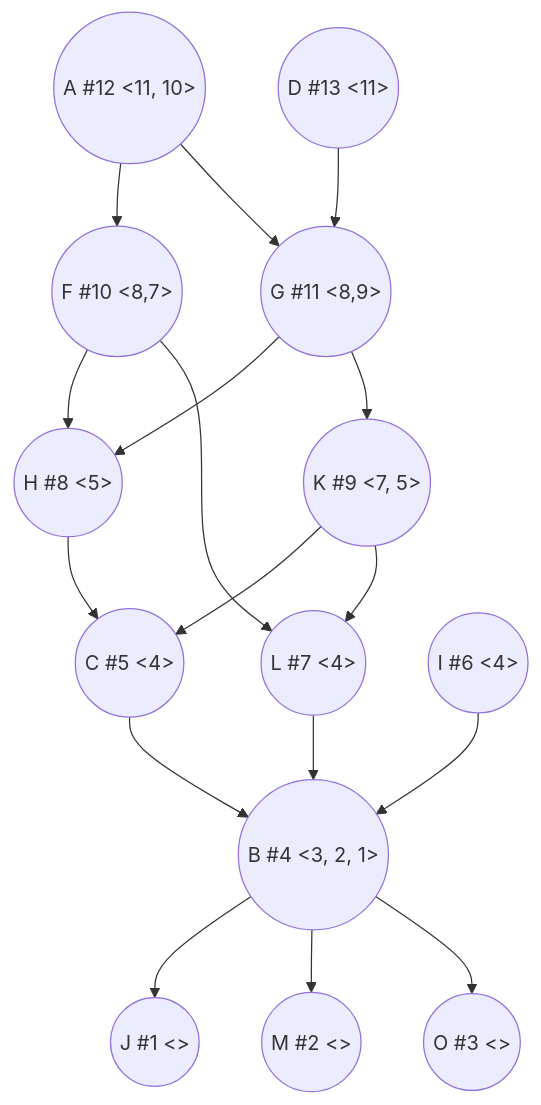
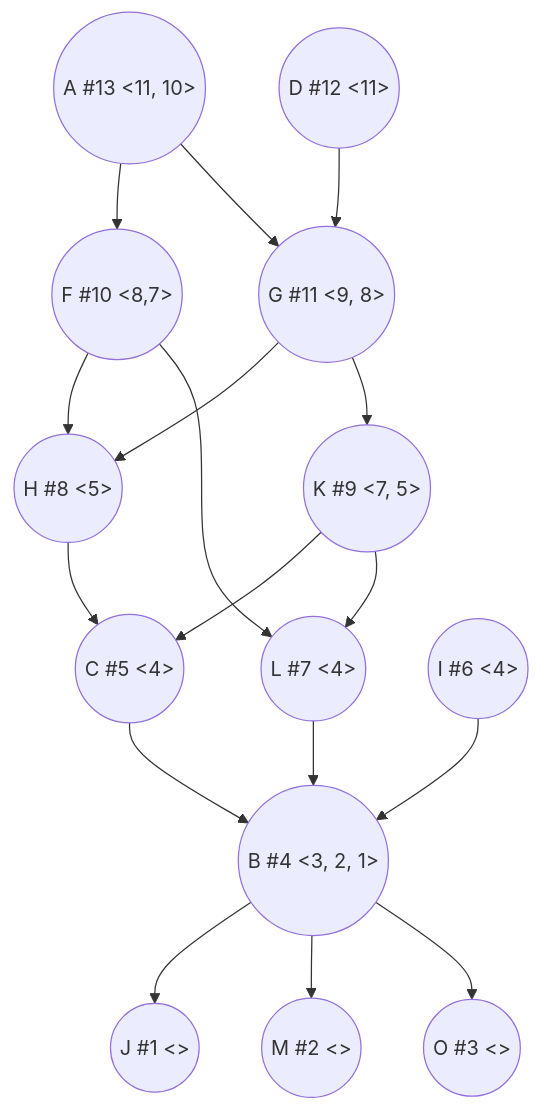
Before and after one commit to hse-algo-psapr-25/manual-tasks: the third of 4 diagrams in Задание 10/DisplayPort-task-10.md, drawn with Mermaid. The commit also changed other lines of this file, not shown here.

````diff
--- a/Задание 10/DisplayPort-task-10.md
+++ b/Задание 10/DisplayPort-task-10.md
@@ -63,19 +63,19 @@
 ```mermaid
 graph TB
-A((A #12 <11, 10>)) --> F((F #10 <8,7>))
-A --> G((G #11 <8,9>))
+A((A #13 <11, 10>)) --> F((F #10 <8,7>))
+A --> G((G #11 <9, 8>))
 B((B #4 <3, 2, 1>)) --> J((J #1 <>))
 B --> M((M #2 <>))
 B --> O((O #3 <>))
 C((C #5 <4>)) --> B
-D((D #13 <11>)) --> G
+D((D #12 <11>)) --> G
 F --> H((H #8 <5>))
 F --> L((L #7 <4>))
 G --> H
 G --> K((K #9 <7, 5>))
 H --> C
 I((I #6 <4>)) --> B
 K --> C
 K --> L
 L --> B
 ```
````
